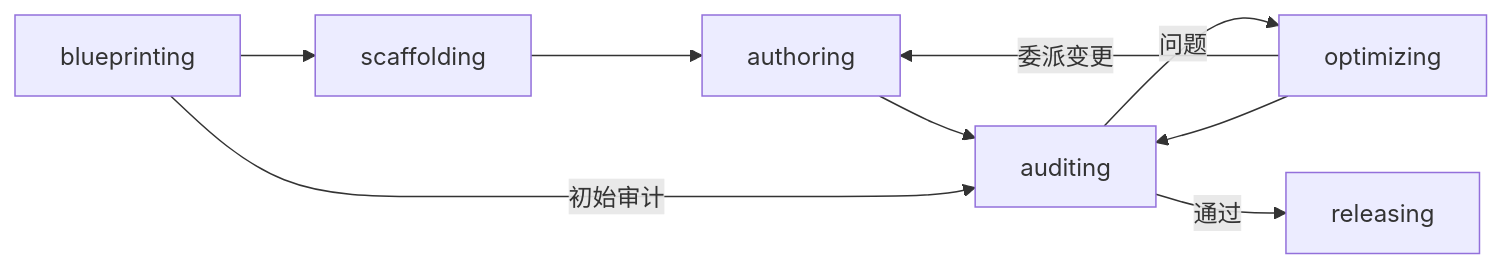
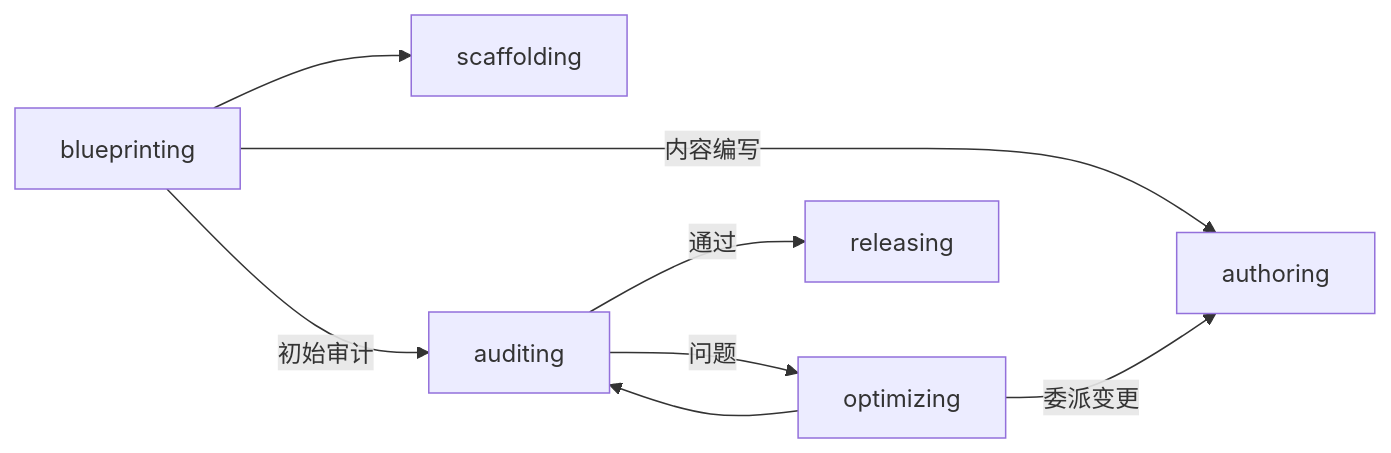
The second of 3 diagrams in README.zh.md (OdradekAI/skill-engineering-guide), drawn with Mermaid before and after one commit. The commit also changed other lines of this file and 6 other files, not shown here.

````diff
--- a/README.zh.md
+++ b/README.zh.md
@@ -77,11 +77,10 @@
 ```mermaid
 flowchart LR
     Design["blueprinting"] --> Scaffold["scaffolding"]
-    Scaffold --> Write["authoring"]
-    Write --> Audit["auditing"]
-    Design -->|"初始审计"| Audit
+    Design -->|"内容编写"| Write["authoring"]
+    Design -->|"初始审计"| Audit["auditing"]
     Audit -->|问题| Optimize["optimizing"]
     Optimize -->|"委派变更"| Write
     Optimize --> Audit
     Audit -->|通过| Release["releasing"]
 ```
````
